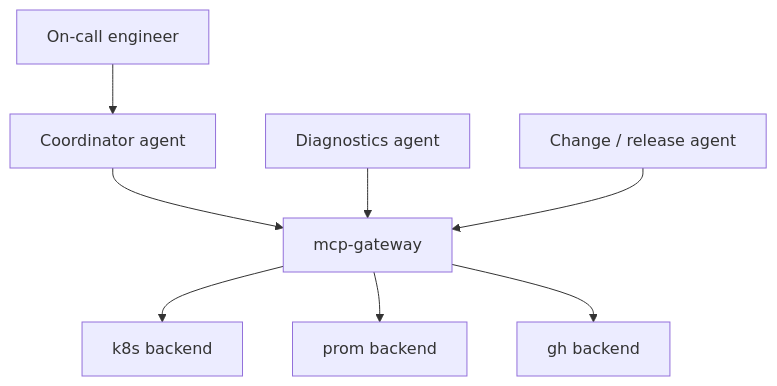
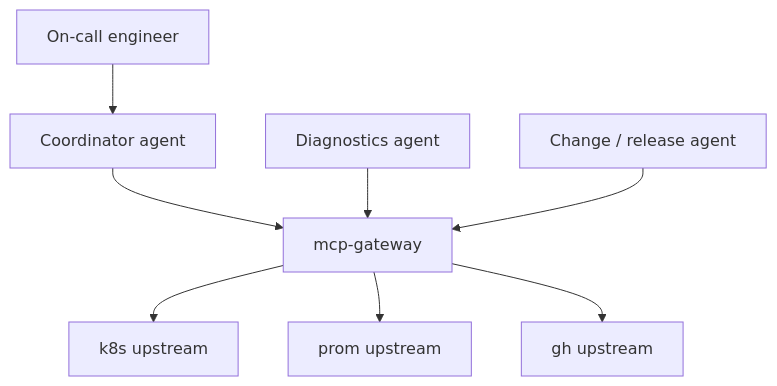
One commit to KarmaXP/mcp-gateway changed the fourth of 4 diagrams in docs/CONNECTING_AGENTS.md. Above: the diagram before and after it, drawn with Mermaid. The commit also changed other lines of this file and 61 other files, not shown here.

````diff
--- a/docs/CONNECTING_AGENTS.md
+++ b/docs/CONNECTING_AGENTS.md
@@ -236,16 +236,16 @@
 ```mermaid
 flowchart TB
  eng[On-call engineer]
  coord[Coordinator agent]
  diag[Diagnostics agent]
  chg[Change / release agent]
  gw[mcp-gateway]
 
  eng --> coord
  coord --> gw
  diag --> gw
  chg --> gw
- gw --> k8s[k8s backend]
- gw --> prom[prom backend]
- gw --> gh[gh backend]
+ gw --> k8s[k8s upstream]
+ gw --> prom[prom upstream]
+ gw --> gh[gh upstream]
 ```
````
